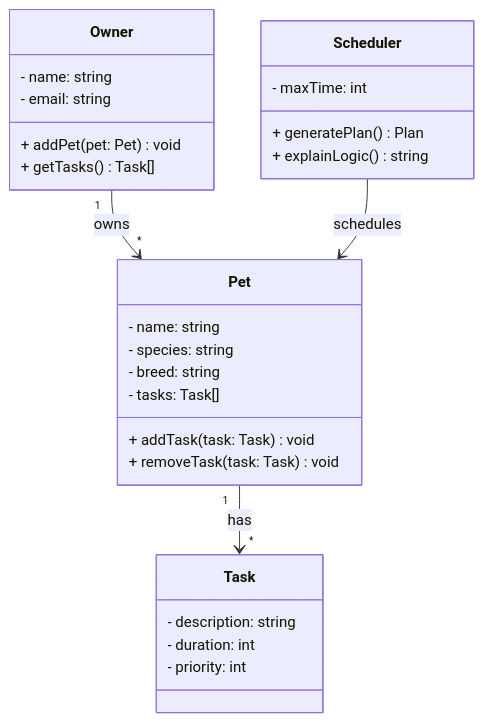
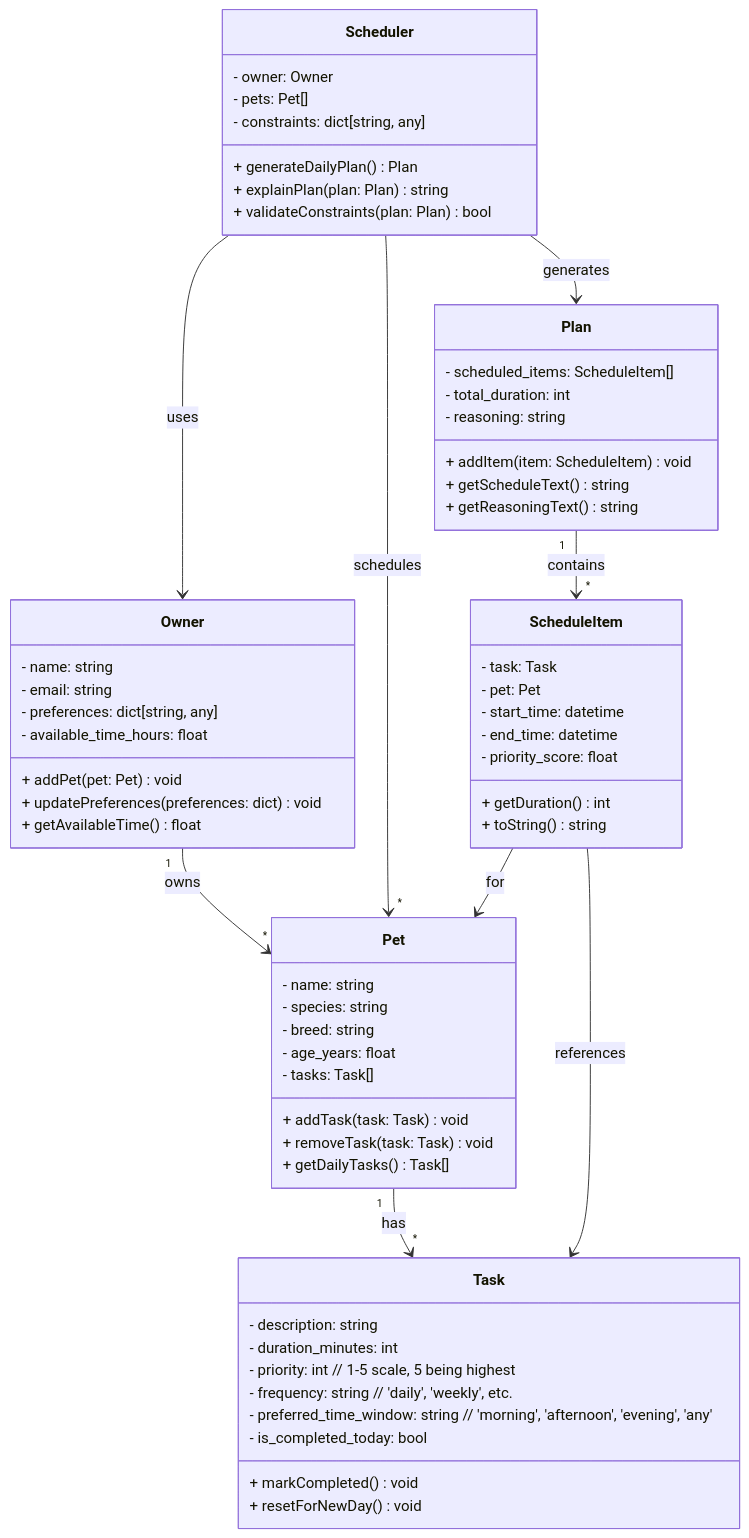
The diagram in pawpal-class-diagram.md (anhnhuhx25/ai110-module2show-pawpal-starter), drawn with Mermaid before and after one commit. The commit also changed other lines of this file and 4 other files, not shown here.

````diff
--- a/pawpal-class-diagram.md
+++ b/pawpal-class-diagram.md
@@ -3,34 +3,71 @@
 ```mermaid
 classDiagram
     class Owner {
         - name: string
         - email: string
+        - preferences: dict[string, any]
+        - available_time_hours: float
         + addPet(pet: Pet) void
-        + getTasks() Task[]
+        + updatePreferences(preferences: dict) void
+        + getAvailableTime() float
     }
-    
+
     class Pet {
         - name: string
         - species: string
         - breed: string
+        - age_years: float
         - tasks: Task[]
         + addTask(task: Task) void
         + removeTask(task: Task) void
+        + getDailyTasks() Task[]
     }
-    
+
     class Task {
         - description: string
-        - duration: int
-        - priority: int
+        - duration_minutes: int
+        - priority: int  // 1-5 scale, 5 being highest
+        - frequency: string  // 'daily', 'weekly', etc.
+        - preferred_time_window: string  // 'morning', 'afternoon', 'evening', 'any'
+        - is_completed_today: bool
+        + markCompleted() void
+        + resetForNewDay() void
     }
-    
+
     class Scheduler {
-        - maxTime: int
-        + generatePlan() Plan
-        + explainLogic() string
+        - owner: Owner
+        - pets: Pet[]
+        - constraints: dict[string, any]
+        + generateDailyPlan() Plan
+        + explainPlan(plan: Plan) string
+        + validateConstraints(plan: Plan) bool
     }
-    
+
+    class Plan {
+        - scheduled_items: ScheduleItem[]
+        - total_duration: int
+        - reasoning: string
+        + addItem(item: ScheduleItem) void
+        + getScheduleText() string
+        + getReasoningText() string
+    }
+
+    class ScheduleItem {
+        - task: Task
+        - pet: Pet
+        - start_time: datetime
+        - end_time: datetime
+        - priority_score: float
+        + getDuration() int
+        + toString() string
+    }
+
     Owner "1" --> "*" Pet : owns
     Pet "1" --> "*" Task : has
-    Scheduler --> Pet : schedules
+    Scheduler --> Owner : uses
+    Scheduler --> "*" Pet : schedules
+    Scheduler --> Plan : generates
+    Plan "1" --> "*" ScheduleItem : contains
+    ScheduleItem --> Task : references
+    ScheduleItem --> Pet : for
 ```
````
